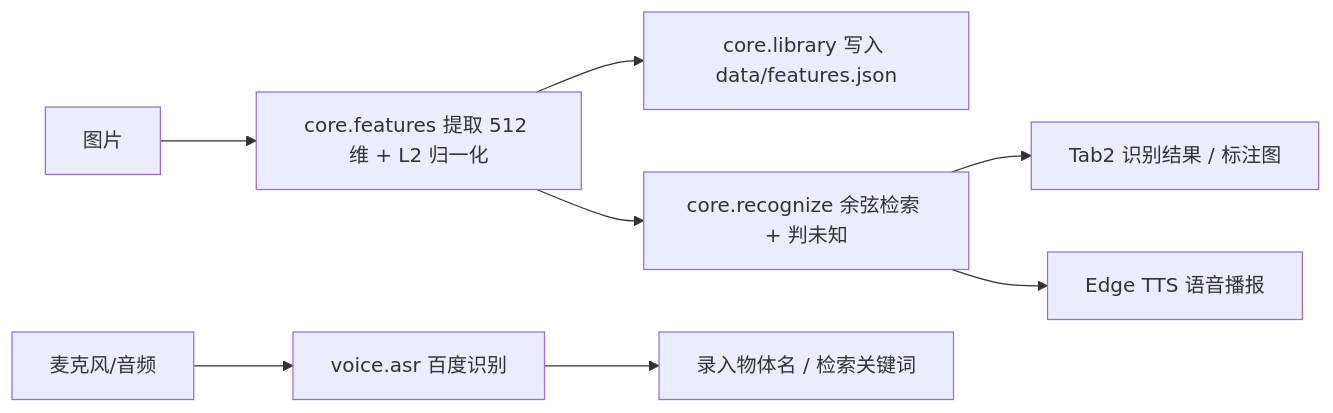
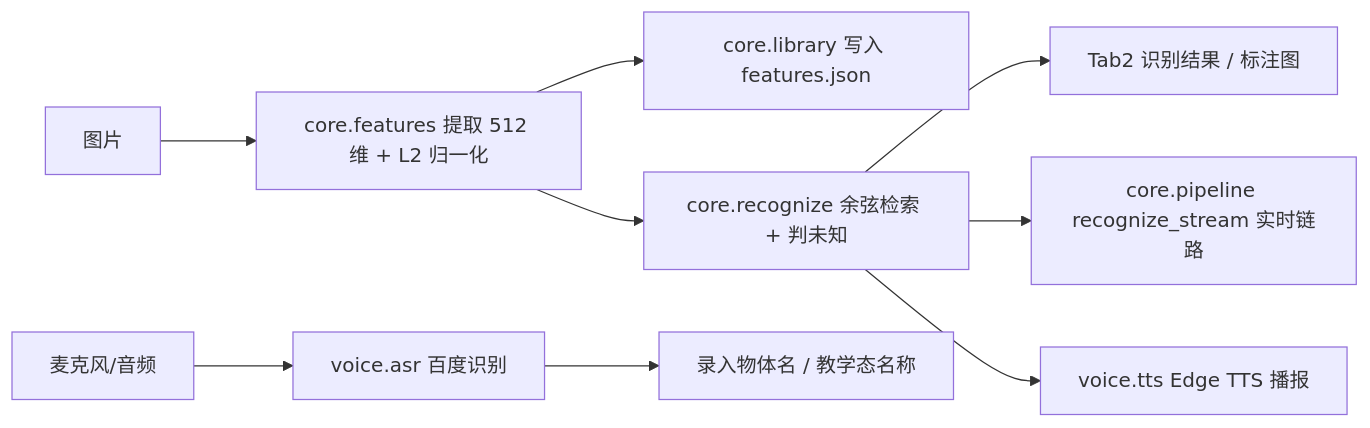
The diagram in REPORT.md (BLingKiy/resnet18-voice-object-recognition), drawn with Mermaid before and after one commit. The commit also changed other lines of this file and 6 other files, not shown here.

````diff
--- a/REPORT.md
+++ b/REPORT.md
@@ -27,10 +28,11 @@
 ```mermaid
 flowchart LR
     A[图片] --> B[core.features 提取 512 维 + L2 归一化]
-    B --> C[core.library 写入 data/features.json]
+    B --> C[core.library 写入 features.json]
     B --> D[core.recognize 余弦检索 + 判未知]
     D --> E[Tab2 识别结果 / 标注图]
-    F[麦克风/音频] --> G[voice.asr 百度识别]
-    G --> H[录入物体名 / 检索关键词]
-    D --> I[Edge TTS 语音播报]
+    D --> F[core.pipeline recognize_stream 实时链路]
+    G[麦克风/音频] --> H[voice.asr 百度识别]
+    H --> I[录入物体名 / 教学态名称]
+    D --> J[voice.tts Edge TTS 播报]
 ```
````
